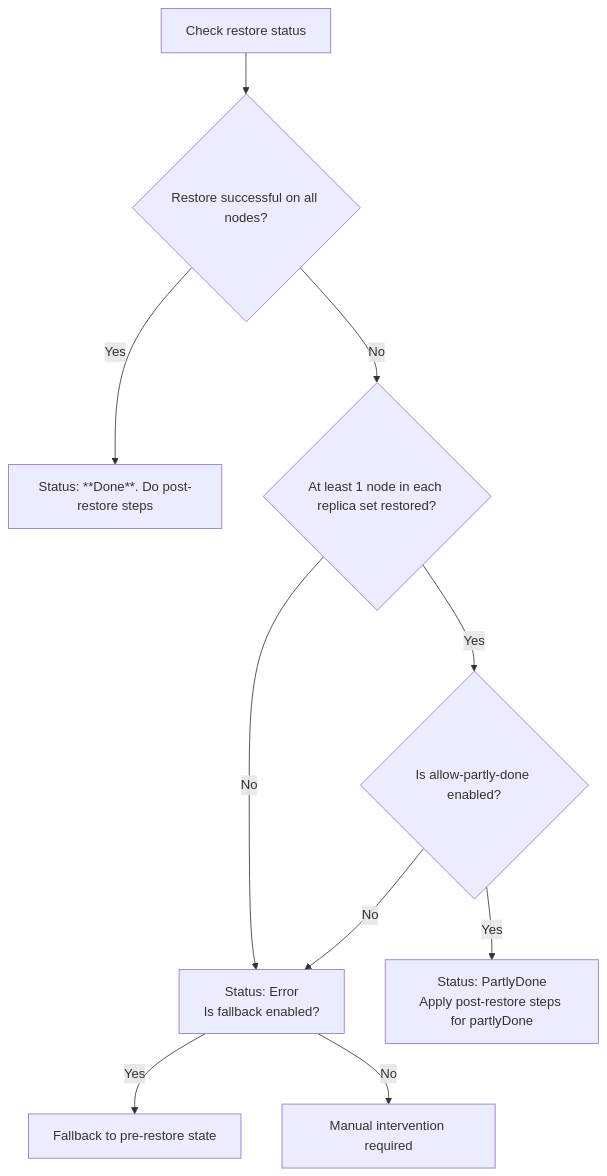
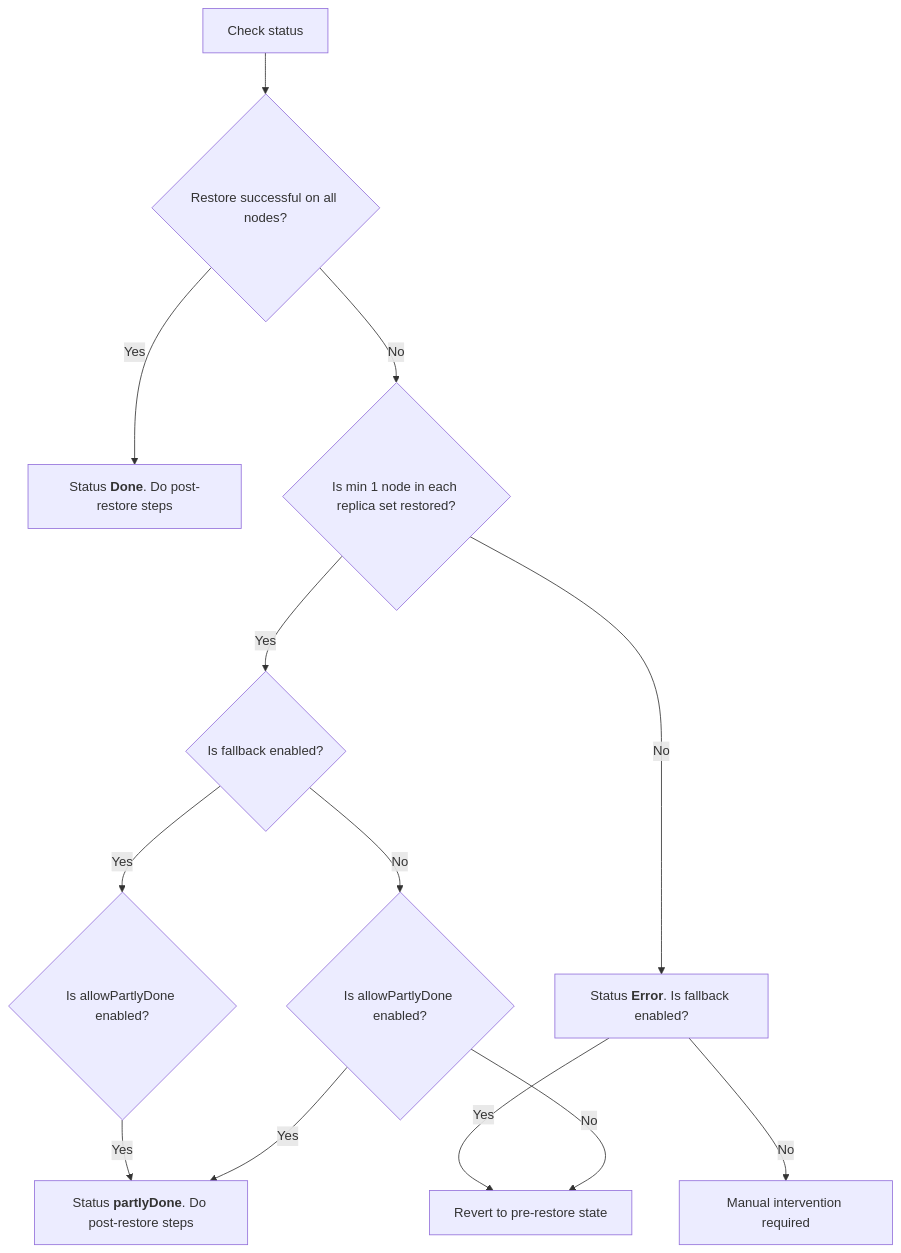
One commit to percona/pbm-docs changed the diagram in docs/troubleshoot/restore-partial.md. Above: the diagram before and after it, drawn with Mermaid. The commit also changed other lines of this file and 4 other files, not shown here.

````diff
--- a/docs/troubleshoot/restore-partial.md
+++ b/docs/troubleshoot/restore-partial.md
@@ -20,12 +15,15 @@
 ```mermaid
 flowchart TD
-    A[Check restore status] --> B{Restore successful on all nodes?}
-    B -- Yes --> C[Status: **Done**. Do post-restore steps]
-    B -- No --> D{At least 1 node in each replica set restored?}
-    D -- No --> E[Status: Error\nIs fallback enabled?]
-    E -- Yes --> F[Fallback to pre-restore state]
-    E -- No --> G[Manual intervention required]
-    D -- Yes --> H{Is allow-partly-done enabled?}
-    H -- No --> E
-    H -- Yes --> I[Status: PartlyDone\nApply post-restore steps for partlyDone]
+    A[Check status] --> B{Restore successful on all nodes?}
+    B -- Yes --> C["Status <b>Done</b>. Do post-restore steps"]
+    B -- No --> D{Is min 1 node in each replica set restored?}
+    D -- Yes --> E{Is fallback enabled?}
+    D -- No --> F["Status <b>Error</b>. Is fallback enabled?"]
+    F -- No --> G[Manual intervention required]
+    F -- Yes --> H[Revert to pre-restore state]
+    E -- Yes --> I{Is allowPartlyDone enabled?}
+    E -- No --> J{Is allowPartlyDone enabled?}
+    I -- Yes --> K["Status <b>partlyDone</b>. Do post-restore steps"]
+    J -- Yes --> K
+    J -- No --> H
 ```
````
